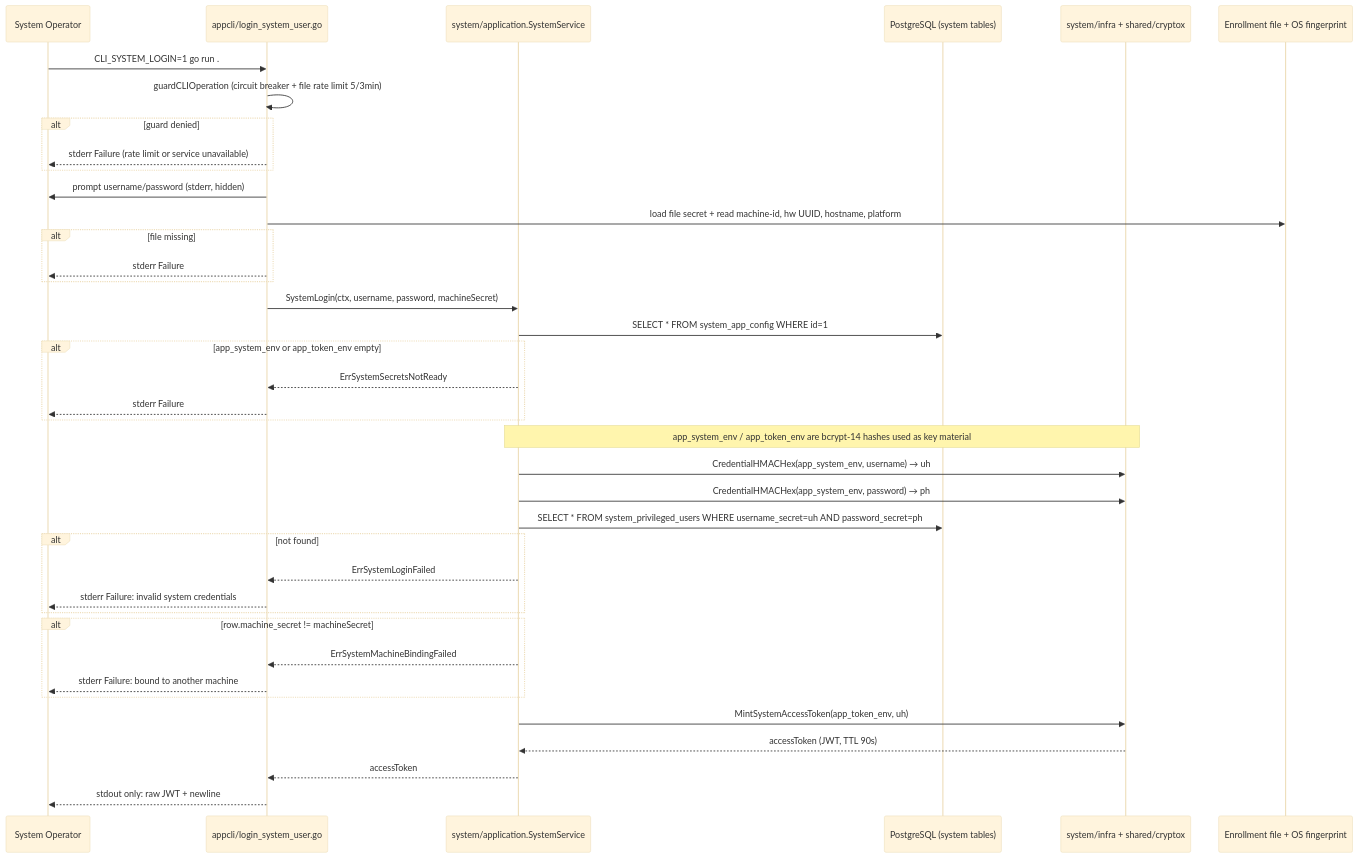
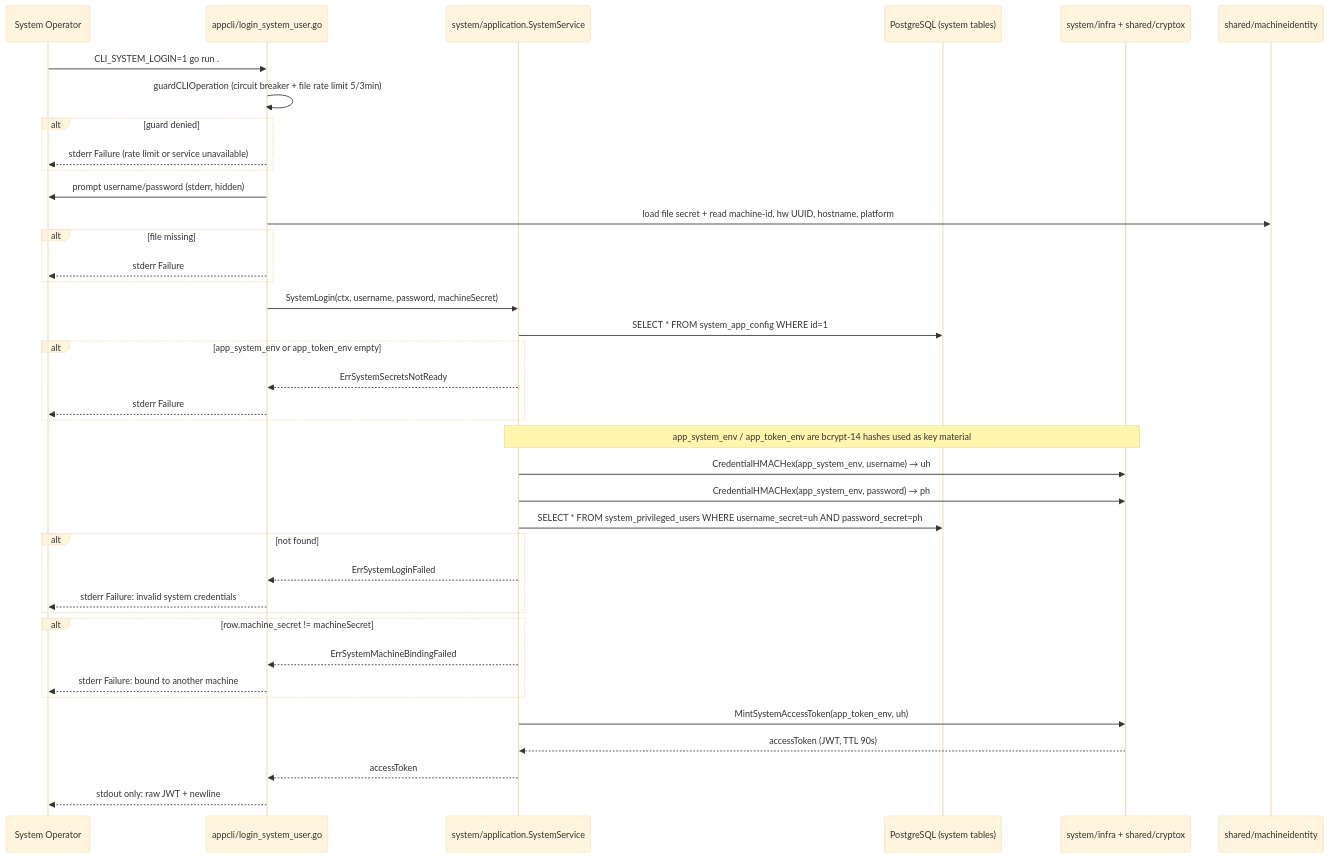
Before and after one commit to lkienkle11/be-mycourse: diagram 11 of 26 in docs/sequence_diagrams.md, drawn with Mermaid (base theme). The commit also changed 7 other files, not shown here.

````diff
--- a/docs/sequence_diagrams.md
+++ b/docs/sequence_diagrams.md
@@ -531,45 +531,45 @@
 ```mermaid
 sequenceDiagram
     participant Op as System Operator
     participant CLI as appcli/login_system_user.go
     participant SVC as system/application.SystemService
     participant DB as PostgreSQL (system tables)
     participant Crypto as system/infra + shared/cryptox
-    participant ID as Enrollment file + OS fingerprint
+    participant ID as shared/machineidentity
 
     Op->>CLI: CLI_SYSTEM_LOGIN=1 go run .
     CLI->>CLI: guardCLIOperation (circuit breaker + file rate limit 5/3min)
     alt guard denied
         CLI-->>Op: stderr Failure (rate limit or service unavailable)
     end
     CLI->>Op: prompt username/password (stderr, hidden)
     CLI->>ID: load file secret + read machine-id, hw UUID, hostname, platform
     alt file missing
         CLI-->>Op: stderr Failure
     end
 
     CLI->>SVC: SystemLogin(ctx, username, password, machineSecret)
     SVC->>DB: SELECT * FROM system_app_config WHERE id=1
     alt app_system_env or app_token_env empty
         SVC-->>CLI: ErrSystemSecretsNotReady
         CLI-->>Op: stderr Failure
     end
 
     Note over SVC,Crypto: app_system_env / app_token_env are bcrypt-14 hashes used as key material
     SVC->>Crypto: CredentialHMACHex(app_system_env, username) → uh
     SVC->>Crypto: CredentialHMACHex(app_system_env, password) → ph
     SVC->>DB: SELECT * FROM system_privileged_users WHERE username_secret=uh AND password_secret=ph
     alt not found
         SVC-->>CLI: ErrSystemLoginFailed
         CLI-->>Op: stderr Failure: invalid system credentials
     end
     alt row.machine_secret != machineSecret
         SVC-->>CLI: ErrSystemMachineBindingFailed
         CLI-->>Op: stderr Failure: bound to another machine
     end
 
     SVC->>Crypto: MintSystemAccessToken(app_token_env, uh)
     Crypto-->>SVC: accessToken (JWT, TTL 90s)
     SVC-->>CLI: accessToken
     CLI-->>Op: stdout only: raw JWT + newline
 ```
````
